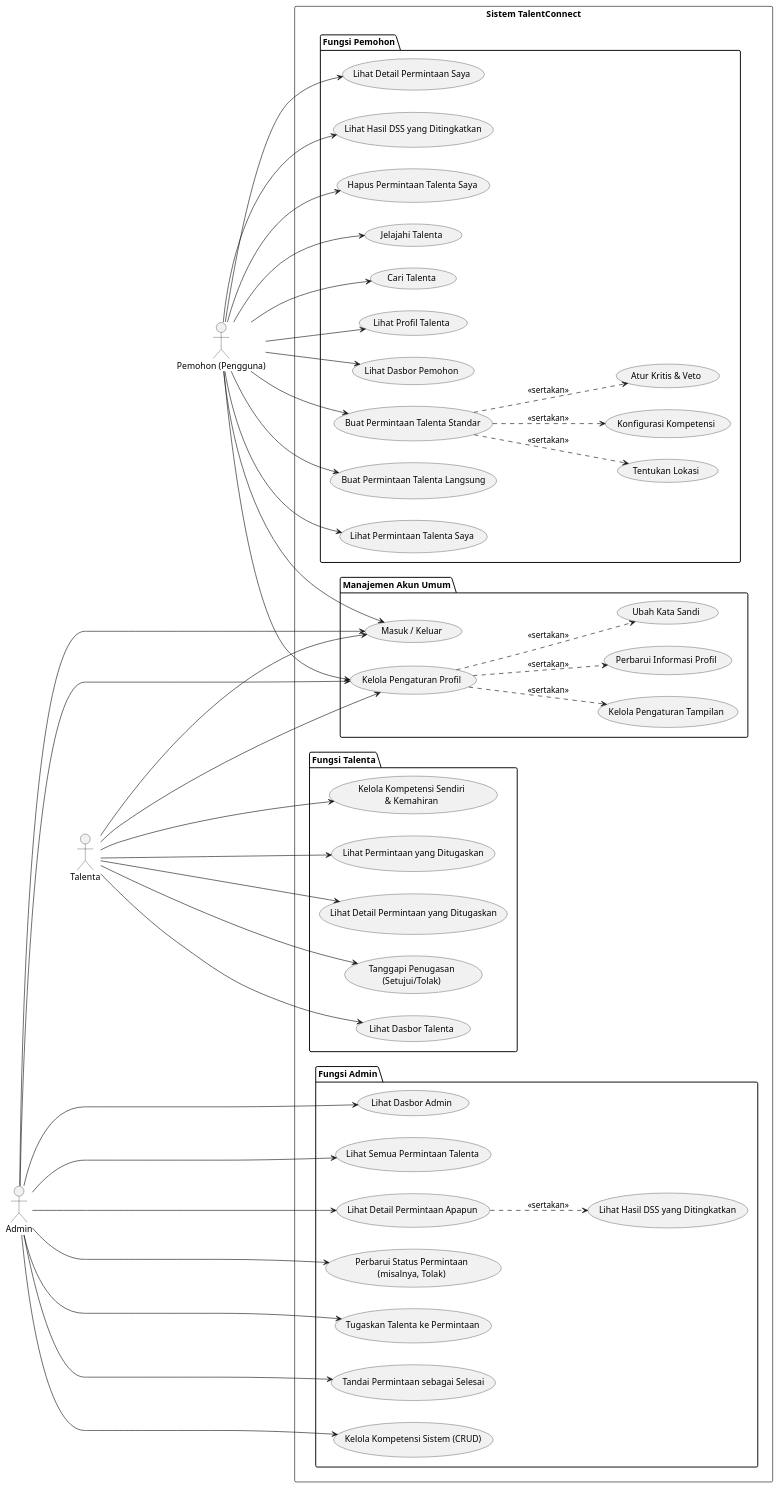
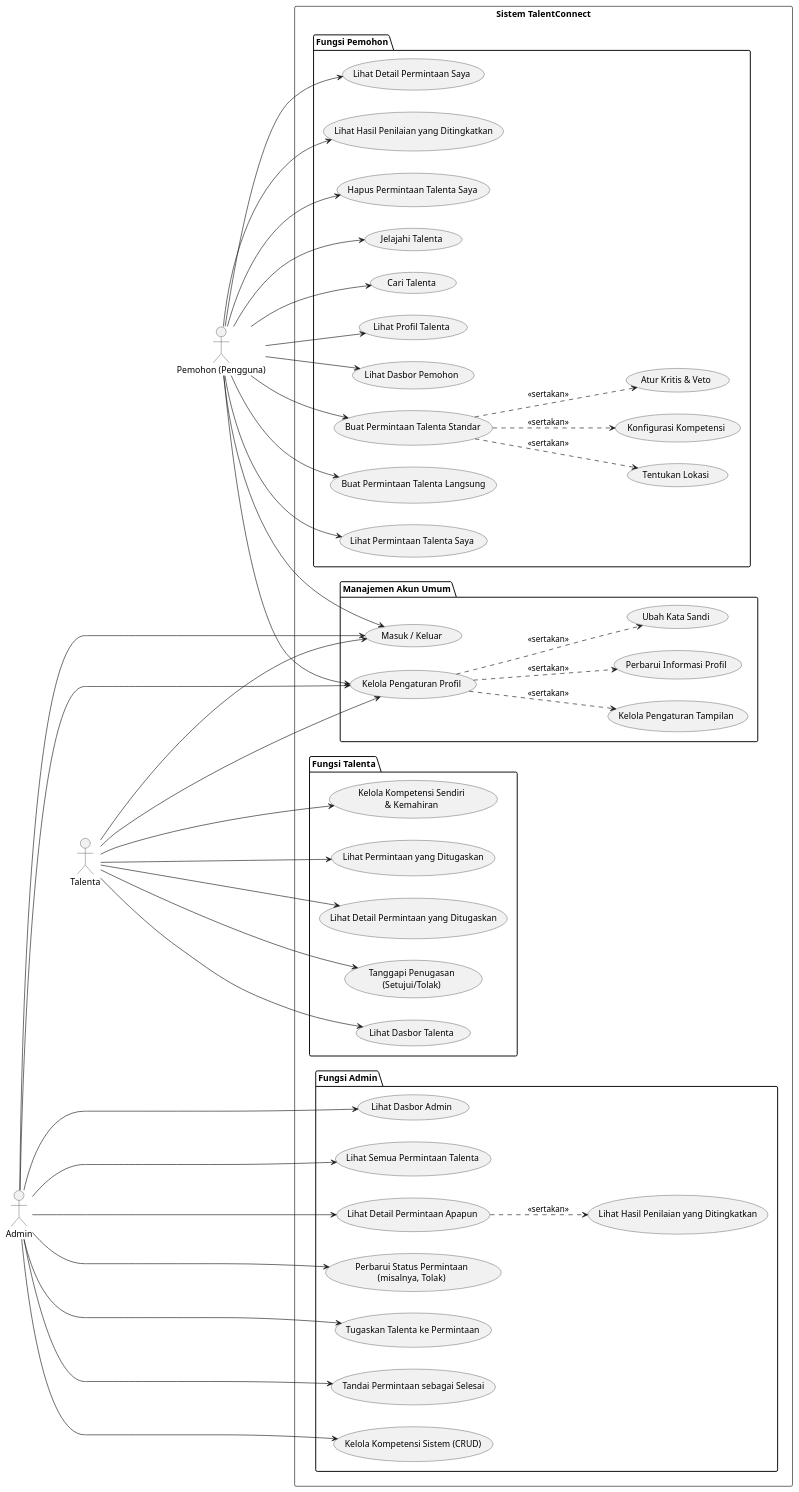
Before and after one commit to septianshft/Talent-engine-TA: the diagram in Mermaid UML/use case diagram universal.plantuml, drawn with PlantUML. The commit also changed 83 other files, not shown here.

```diff
--- a/Mermaid UML/use case diagram universal.plantuml
+++ b/Mermaid UML/use case diagram universal.plantuml
@@ -1,92 +1,92 @@
 @startuml TalentConnectUseCaseDiagram_ID
 left to right direction
 
 actor Pemohon as "Pemohon (Pengguna)"
 actor Talenta
 actor Admin
 
 rectangle "Sistem TalentConnect" {
 
     package "Manajemen Akun Umum" {
         usecase UC_Login as "Masuk / Keluar"
         usecase UC_KelolaProfil as "Kelola Pengaturan Profil"
         (UC_KelolaProfil) ..> (Perbarui Informasi Profil) : <<sertakan>>
         (UC_KelolaProfil) ..> (Ubah Kata Sandi) : <<sertakan>>
         (UC_KelolaProfil) ..> (Kelola Pengaturan Tampilan) : <<sertakan>>
     }
 
     package "Fungsi Pemohon" {
         usecase UC_Pemohon_Dasbor as "Lihat Dasbor Pemohon"
         usecase UC_Pemohon_BuatPermintaanStandar as "Buat Permintaan Talenta Standar"
         (UC_Pemohon_BuatPermintaanStandar) ..> (Konfigurasi Kompetensi) : <<sertakan>>
         (UC_Pemohon_BuatPermintaanStandar) ..> (Atur Kritis & Veto) : <<sertakan>>
         (UC_Pemohon_BuatPermintaanStandar) ..> (Tentukan Lokasi) : <<sertakan>>
         usecase UC_Pemohon_BuatPermintaanLangsung as "Buat Permintaan Talenta Langsung"
         usecase UC_Pemohon_LihatPermintaanSaya as "Lihat Permintaan Talenta Saya"
         usecase UC_Pemohon_LihatDetailPermintaanSaya as "Lihat Detail Permintaan Saya"
-        usecase UC_Pemohon_LihatHasilDSS as "Lihat Hasil DSS yang Ditingkatkan"
+        usecase UC_Pemohon_LihatHasilTingkat as "Lihat Hasil Penilaian yang Ditingkatkan"
         usecase UC_Pemohon_HapusPermintaan as "Hapus Permintaan Talenta Saya"
         usecase UC_Pemohon_JelajahiTalenta as "Jelajahi Talenta"
         usecase UC_Pemohon_CariTalenta as "Cari Talenta"
         usecase UC_Pemohon_LihatProfilTalenta as "Lihat Profil Talenta"
     }
 
     package "Fungsi Talenta" {
         usecase UC_Talenta_Dasbor as "Lihat Dasbor Talenta"
         usecase UC_Talenta_KelolaKompetensi as "Kelola Kompetensi Sendiri\n& Kemahiran"
         usecase UC_Talenta_LihatPermintaanDitugaskan as "Lihat Permintaan yang Ditugaskan"
         usecase UC_Talenta_LihatDetailPermintaanDitugaskan as "Lihat Detail Permintaan yang Ditugaskan"
         usecase UC_Talenta_TanggapiPenugasan as "Tanggapi Penugasan\n(Setujui/Tolak)"
     }
 
     package "Fungsi Admin" {
         usecase UC_Admin_Dasbor as "Lihat Dasbor Admin"
         usecase UC_Admin_LihatSemuaPermintaan as "Lihat Semua Permintaan Talenta"
         usecase UC_Admin_LihatDetailPermintaanApapun as "Lihat Detail Permintaan Apapun"
-        (UC_Admin_LihatDetailPermintaanApapun) ..> (Lihat Hasil DSS yang Ditingkatkan) : <<sertakan>>
+        (UC_Admin_LihatDetailPermintaanApapun) ..> (Lihat Hasil Penilaian yang Ditingkatkan) : <<sertakan>>
         usecase UC_Admin_PerbaruiStatusPermintaan as "Perbarui Status Permintaan\n(misalnya, Tolak)"
         usecase UC_Admin_TugaskanTalenta as "Tugaskan Talenta ke Permintaan"
         usecase UC_Admin_TandaiSelesai as "Tandai Permintaan sebagai Selesai"
         usecase UC_Admin_KelolaKompetensiSistem as "Kelola Kompetensi Sistem (CRUD)"
         ' Potensial: usecase UC_Admin_KelolaPengguna as "Kelola Pengguna Sistem (CRUD)"
     }
 }
 
 ' Manajemen Akun Umum untuk semua pengguna terotentikasi
 Pemohon --> UC_Login
 Pemohon --> UC_KelolaProfil
 Talenta ----> UC_Login
 Talenta ----> UC_KelolaProfil
 Admin -----> UC_Login
 Admin -----> UC_KelolaProfil
 
 ' Fungsi spesifik Pemohon
 Pemohon --> UC_Pemohon_Dasbor
 Pemohon --> UC_Pemohon_BuatPermintaanStandar
 Pemohon --> UC_Pemohon_BuatPermintaanLangsung
 Pemohon --> UC_Pemohon_LihatPermintaanSaya
 Pemohon --> UC_Pemohon_LihatDetailPermintaanSaya
-Pemohon --> UC_Pemohon_LihatHasilDSS
+Pemohon --> UC_Pemohon_LihatHasilTingkat
 Pemohon --> UC_Pemohon_HapusPermintaan
 Pemohon --> UC_Pemohon_JelajahiTalenta
 Pemohon --> UC_Pemohon_CariTalenta
 Pemohon --> UC_Pemohon_LihatProfilTalenta
 
 ' Fungsi spesifik Talenta
 Talenta --> UC_Talenta_Dasbor
 Talenta --> UC_Talenta_KelolaKompetensi
 Talenta --> UC_Talenta_LihatPermintaanDitugaskan
 Talenta --> UC_Talenta_LihatDetailPermintaanDitugaskan
 Talenta --> UC_Talenta_TanggapiPenugasan
 
 ' Fungsi spesifik Admin
 Admin --> UC_Admin_Dasbor
 Admin --> UC_Admin_LihatSemuaPermintaan
 Admin --> UC_Admin_LihatDetailPermintaanApapun
 Admin --> UC_Admin_PerbaruiStatusPermintaan
 Admin --> UC_Admin_TugaskanTalenta
 Admin --> UC_Admin_TandaiSelesai
 Admin --> UC_Admin_KelolaKompetensiSistem
 ' Admin --> UC_Admin_KelolaPengguna
 
 @enduml
```
